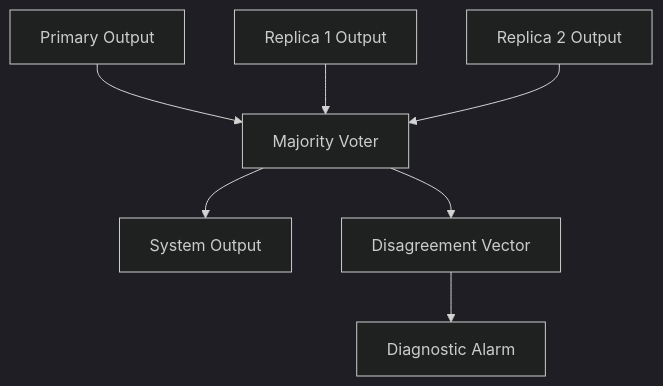
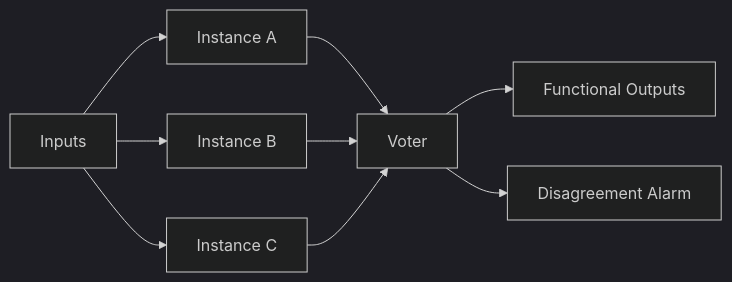
Before and after one commit to qiqixixi1001/automotive-safeic-practice: the sixth of 9 diagrams in articles/GitHub_D22_macro_level_safety_synthesis.md, drawn with Mermaid (dark theme). The commit also changed other lines of this file, not shown here.

````diff
--- a/articles/GitHub_D22_macro_level_safety_synthesis.md
+++ b/articles/GitHub_D22_macro_level_safety_synthesis.md
@@ -275,9 +307,11 @@
 ```mermaid
-flowchart TD
-    A[Primary Output] --> V[Majority Voter]
-    B[Replica 1 Output] --> V
-    C[Replica 2 Output] --> V
-    V --> O[System Output]
-    V --> M[Disagreement Vector]
-    M --> ALM[Diagnostic Alarm]
+flowchart LR
+    IN[Inputs] --> A[Instance A]
+    IN --> B[Instance B]
+    IN --> C[Instance C]
+    A --> V[Voter]
+    B --> V
+    C --> V
+    V --> OUT[Functional Outputs]
+    V --> ALM[Disagreement Alarm]
 ```
````
